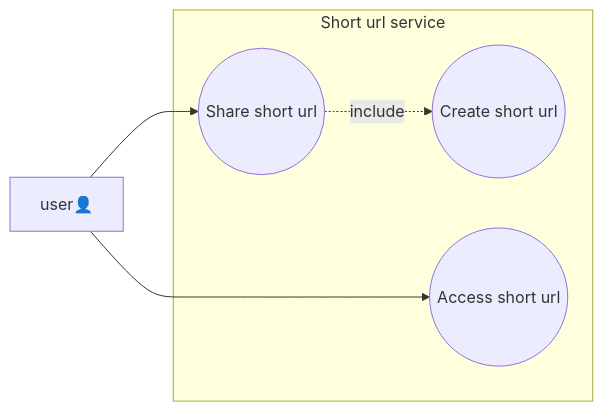
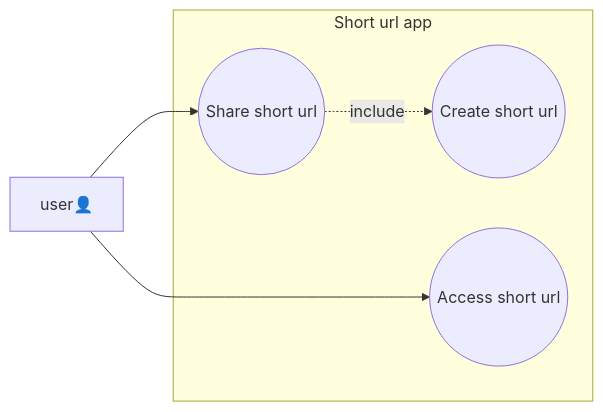
Before and after one commit to vzsoares/shortener: the diagram in doc/use-case.md, drawn with Mermaid. The commit also changed 1 other file, not shown here.

Commit message:
chr: enh doc; decouple service

````diff
--- a/doc/use-case.md
+++ b/doc/use-case.md
@@ -2,14 +2,14 @@
 ```mermaid
 flowchart LR
-    subgraph Short url service
+    subgraph Short url app
     uc1((Share short url))
     uc2((Create short url))
     uc3((Access short url))
     end
 
     user[user👤]
 
     user-->uc1
     user--->uc3
     uc1 -. include .-> uc2
 ```
````
